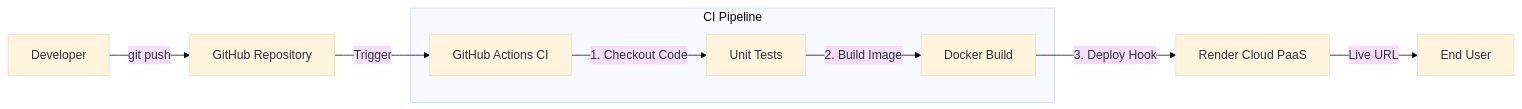
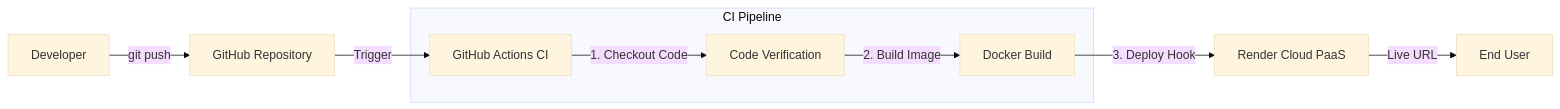
Before and after one commit to swnst/devops-prototype-deployer: the diagram in README.md, drawn with Mermaid (base theme). The commit also changed other lines of this file, not shown here.

````diff
--- a/README.md
+++ b/README.md
@@ -33,11 +33,11 @@
 ```mermaid
 graph LR;
     User[Developer] -->|git push| GitHub[GitHub Repository];
     GitHub -->|Trigger| Actions[GitHub Actions CI];
     subgraph CI_Pipeline ["CI Pipeline"]
-        Actions -->|1. Checkout Code| Test[Unit Tests];
+        Actions -->|1. Checkout Code| Test[Code Verification];
         Test -->|2. Build Image| Docker[Docker Build];
     end
     Docker -->|3. Deploy Hook| Render[Render Cloud PaaS];
     Render -->|Live URL| EndUser[End User];
 ```
````
